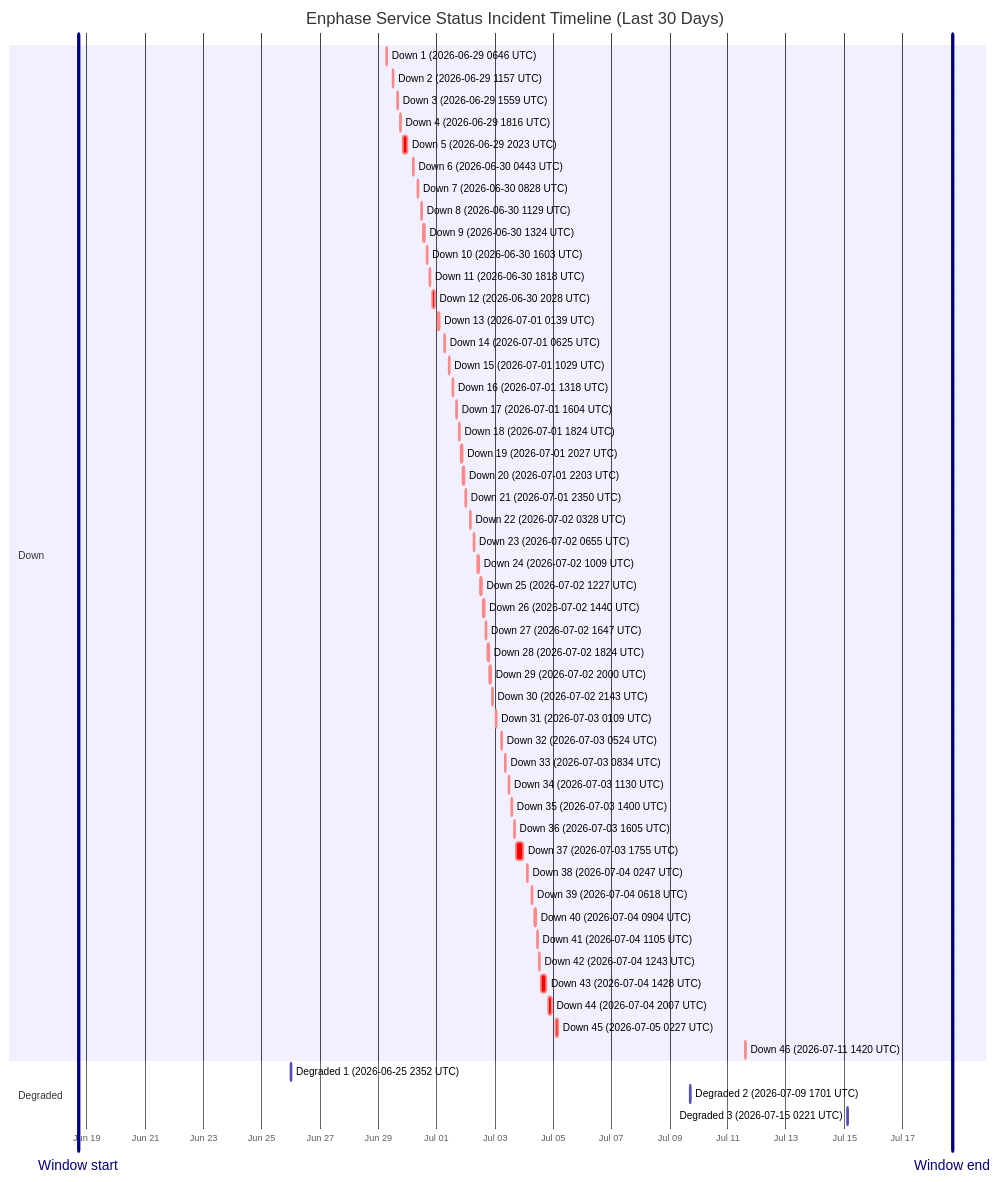
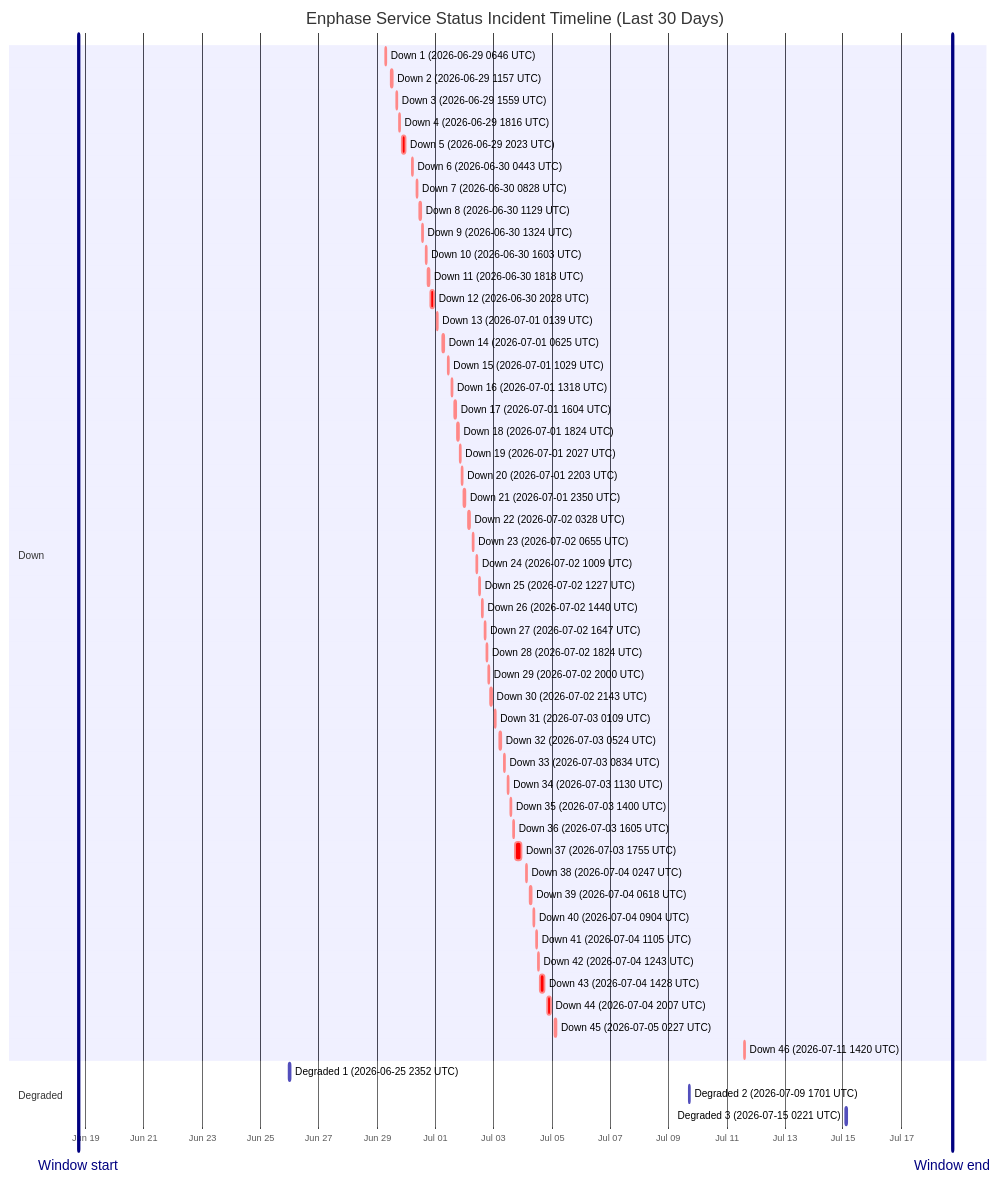
One commit to barneyonline/ha-enphase-energy changed the diagram in wiki/Service-Status-History.md. Above: the diagram before and after it, drawn with Mermaid. The commit also changed other lines of this file and 3 other files, not shown here.

````diff
--- a/wiki/Service-Status-History.md
+++ b/wiki/Service-Status-History.md
@@ -14,59 +14,59 @@
 ```mermaid
 gantt
     title Enphase Service Status Incident Timeline (Last 30 Days)
     dateFormat  YYYY-MM-DDTHH:mm:ss
     axisFormat  %b %d
-    Window start :vert, window-start, 2026-06-18T16:56:45, 0ms
-    Window end :vert, window-end, 2026-07-18T16:56:45, 0ms
+    Window start :vert, window-start, 2026-06-18T17:56:56, 0ms
+    Window end :vert, window-end, 2026-07-18T17:56:56, 0ms
     section Down
     Down 1 (2026-06-29 0646 UTC) :crit, down-1, 2026-06-29T06:46:18, 60m
     Down 2 (2026-06-29 1157 UTC) :crit, down-2, 2026-06-29T11:57:36, 60m
     Down 3 (2026-06-29 1559 UTC) :crit, down-3, 2026-06-29T15:59:02, 60m
     Down 4 (2026-06-29 1816 UTC) :crit, down-4, 2026-06-29T18:16:38, 60m
     Down 5 (2026-06-29 2023 UTC) :crit, down-5, 2026-06-29T20:23:16, 220m
     Down 6 (2026-06-30 0443 UTC) :crit, down-6, 2026-06-30T04:43:54, 60m
     Down 7 (2026-06-30 0828 UTC) :crit, down-7, 2026-06-30T08:28:43, 60m
     Down 8 (2026-06-30 1129 UTC) :crit, down-8, 2026-06-30T11:29:15, 60m
     Down 9 (2026-06-30 1324 UTC) :crit, down-9, 2026-06-30T13:24:25, 60m
     Down 10 (2026-06-30 1603 UTC) :crit, down-10, 2026-06-30T16:03:26, 60m
     Down 11 (2026-06-30 1818 UTC) :crit, down-11, 2026-06-30T18:18:39, 60m
     Down 12 (2026-06-30 2028 UTC) :crit, down-12, 2026-06-30T20:28:54, 171m
     Down 13 (2026-07-01 0139 UTC) :crit, down-13, 2026-07-01T01:39:18, 60m
     Down 14 (2026-07-01 0625 UTC) :crit, down-14, 2026-07-01T06:25:35, 60m
     Down 15 (2026-07-01 1029 UTC) :crit, down-15, 2026-07-01T10:29:24, 60m
     Down 16 (2026-07-01 1318 UTC) :crit, down-16, 2026-07-01T13:18:31, 60m
     Down 17 (2026-07-01 1604 UTC) :crit, down-17, 2026-07-01T16:04:29, 60m
     Down 18 (2026-07-01 1824 UTC) :crit, down-18, 2026-07-01T18:24:21, 60m
     Down 19 (2026-07-01 2027 UTC) :crit, down-19, 2026-07-01T20:27:17, 60m
     Down 20 (2026-07-01 2203 UTC) :crit, down-20, 2026-07-01T22:03:46, 60m
     Down 21 (2026-07-01 2350 UTC) :crit, down-21, 2026-07-01T23:50:52, 60m
     Down 22 (2026-07-02 0328 UTC) :crit, down-22, 2026-07-02T03:28:33, 60m
     Down 23 (2026-07-02 0655 UTC) :crit, down-23, 2026-07-02T06:55:07, 60m
     Down 24 (2026-07-02 1009 UTC) :crit, down-24, 2026-07-02T10:09:15, 60m
     Down 25 (2026-07-02 1227 UTC) :crit, down-25, 2026-07-02T12:27:49, 60m
     Down 26 (2026-07-02 1440 UTC) :crit, down-26, 2026-07-02T14:40:53, 60m
     Down 27 (2026-07-02 1647 UTC) :crit, down-27, 2026-07-02T16:47:47, 60m
     Down 28 (2026-07-02 1824 UTC) :crit, down-28, 2026-07-02T18:24:26, 60m
     Down 29 (2026-07-02 2000 UTC) :crit, down-29, 2026-07-02T20:00:57, 60m
     Down 30 (2026-07-02 2143 UTC) :crit, down-30, 2026-07-02T21:43:52, 80m
     Down 31 (2026-07-03 0109 UTC) :crit, down-31, 2026-07-03T01:09:19, 60m
     Down 32 (2026-07-03 0524 UTC) :crit, down-32, 2026-07-03T05:24:23, 60m
     Down 33 (2026-07-03 0834 UTC) :crit, down-33, 2026-07-03T08:34:05, 60m
     Down 34 (2026-07-03 1130 UTC) :crit, down-34, 2026-07-03T11:30:41, 60m
     Down 35 (2026-07-03 1400 UTC) :crit, down-35, 2026-07-03T14:00:48, 60m
     Down 36 (2026-07-03 1605 UTC) :crit, down-36, 2026-07-03T16:05:49, 60m
     Down 37 (2026-07-03 1755 UTC) :crit, down-37, 2026-07-03T17:55:54, 338m
     Down 38 (2026-07-04 0247 UTC) :crit, down-38, 2026-07-04T02:47:22, 60m
     Down 39 (2026-07-04 0618 UTC) :crit, down-39, 2026-07-04T06:18:09, 60m
     Down 40 (2026-07-04 0904 UTC) :crit, down-40, 2026-07-04T09:04:41, 60m
     Down 41 (2026-07-04 1105 UTC) :crit, down-41, 2026-07-04T11:05:21, 60m
     Down 42 (2026-07-04 1243 UTC) :crit, down-42, 2026-07-04T12:43:25, 60m
     Down 43 (2026-07-04 1428 UTC) :crit, down-43, 2026-07-04T14:28:07, 243m
     Down 44 (2026-07-04 2007 UTC) :crit, down-44, 2026-07-04T20:07:50, 206m
     Down 45 (2026-07-05 0227 UTC) :crit, down-45, 2026-07-05T02:27:32, 109m
     Down 46 (2026-07-11 1420 UTC) :crit, down-46, 2026-07-11T14:20:54, 69m
     section Degraded
     Degraded 1 (2026-06-25 2352 UTC) :active, degraded-1, 2026-06-25T23:52:01, 60m
     Degraded 2 (2026-07-09 1701 UTC) :active, degraded-2, 2026-07-09T17:01:02, 60m
     Degraded 3 (2026-07-15 0221 UTC) :active, degraded-3, 2026-07-15T02:21:35, 60m
 ```
````
